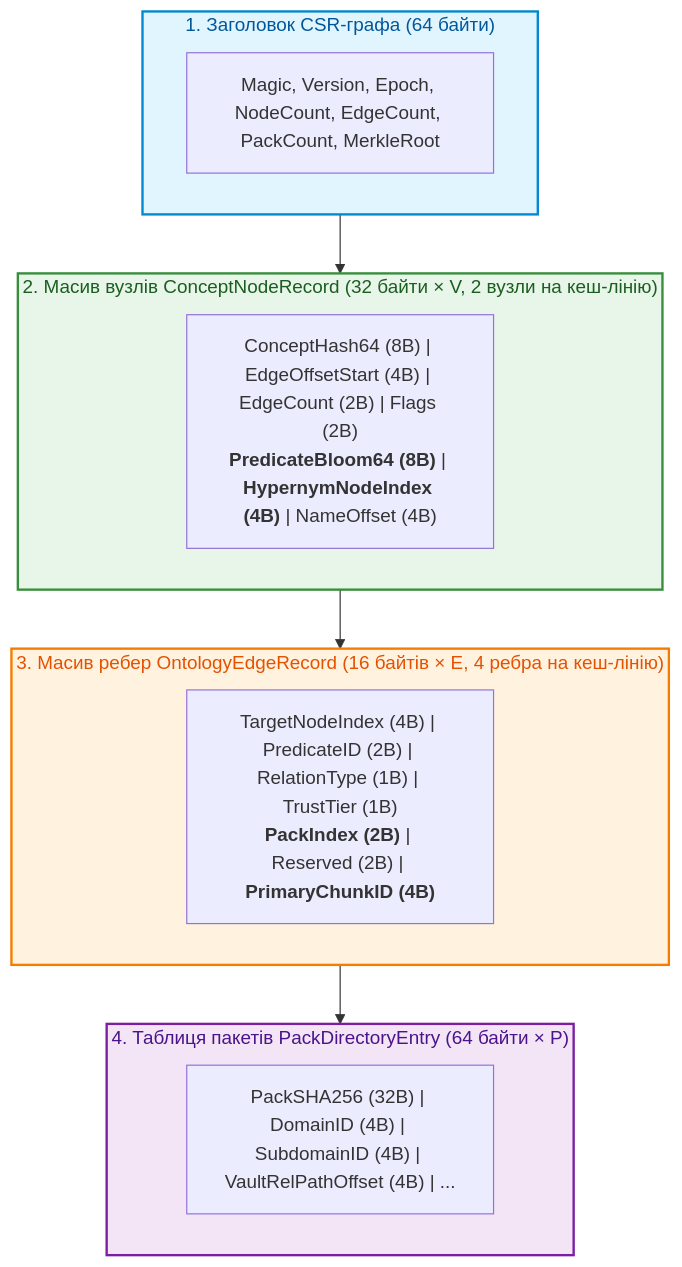
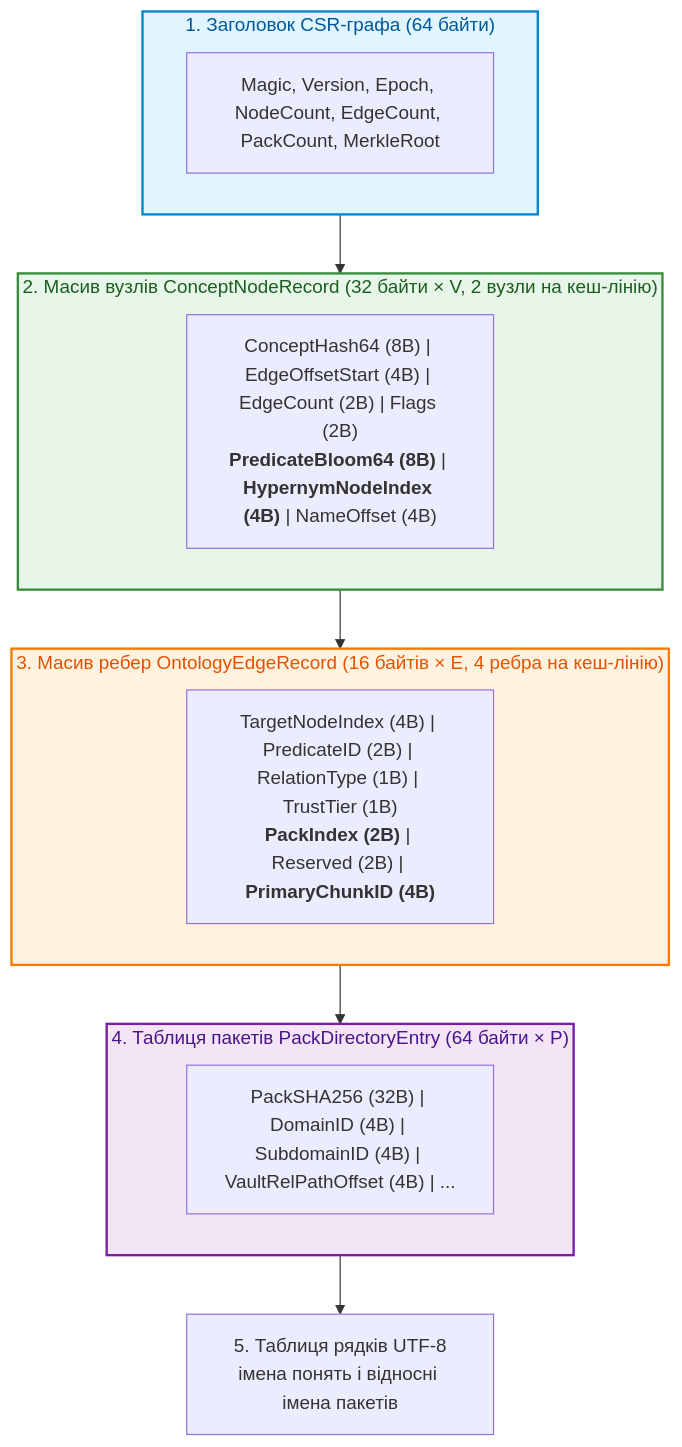
One commit to nick-fedchik/articles changed diagram 11 of 11 in ExpertSystem/ch32-high-performance-knowledge-packs-mmap-and-harvesting.md. Above: the diagram before and after it, drawn with Mermaid. The commit also changed other lines of this file and 8 other files, not shown here.

````diff
--- a/ExpertSystem/ch32-high-performance-knowledge-packs-mmap-and-harvesting.md
+++ b/ExpertSystem/ch32-high-performance-knowledge-packs-mmap-and-harvesting.md
@@ -2355,30 +2653,33 @@
 ```mermaid
 flowchart TD
+	accTitle: П'ятисекційний макет CSR-каталогу
+	accDescr: Заголовок, вузли, ребра, каталог пакетів і рядки утворюють перевірений знімок маршрутів, не замінюючи доказів у пакетах.
     subgraph Header["1. Заголовок CSR-графа (64 байти)"]
         H["Magic, Version, Epoch, NodeCount, EdgeCount, PackCount, MerkleRoot"]
     end
 
     subgraph Nodes["2. Масив вузлів ConceptNodeRecord (32 байти × V, 2 вузли на кеш-лінію)"]
         N["ConceptHash64 (8B) | EdgeOffsetStart (4B) | EdgeCount (2B) | Flags (2B)<br/><b>PredicateBloom64 (8B)</b> | <b>HypernymNodeIndex (4B)</b> | NameOffset (4B)"]
     end
 
     subgraph Edges["3. Масив ребер OntologyEdgeRecord (16 байтів × E, 4 ребра на кеш-лінію)"]
         E["TargetNodeIndex (4B) | PredicateID (2B) | RelationType (1B) | TrustTier (1B)<br/><b>PackIndex (2B)</b> | Reserved (2B) | <b>PrimaryChunkID (4B)</b>"]
     end
 
     subgraph Packs["4. Таблиця пакетів PackDirectoryEntry (64 байти × P)"]
         P["PackSHA256 (32B) | DomainID (4B) | SubdomainID (4B) | VaultRelPathOffset (4B) | ..."]
     end
 
-    Header --> Nodes --> Edges --> Packs
+	Strings["5. Таблиця рядків UTF-8<br/>імена понять і відносні імена пакетів"]
+	Header --> Nodes --> Edges --> Packs --> Strings
 
     classDef hdr fill:#e1f5fe,stroke:#0288d1,stroke-width:2px,color:#01579b;
     classDef nod fill:#e8f5e9,stroke:#388e3c,stroke-width:2px,color:#1b5e20;
     classDef edg fill:#fff3e0,stroke:#f57c00,stroke-width:2px,color:#e65100;
     classDef pck fill:#f3e5f5,stroke:#7b1fa2,stroke-width:2px,color:#4a148c;
 
     class Header hdr;
     class Nodes nod;
     class Edges edg;
     class Packs pck;
 ```
````
